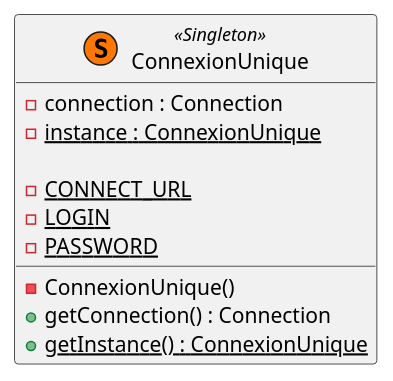
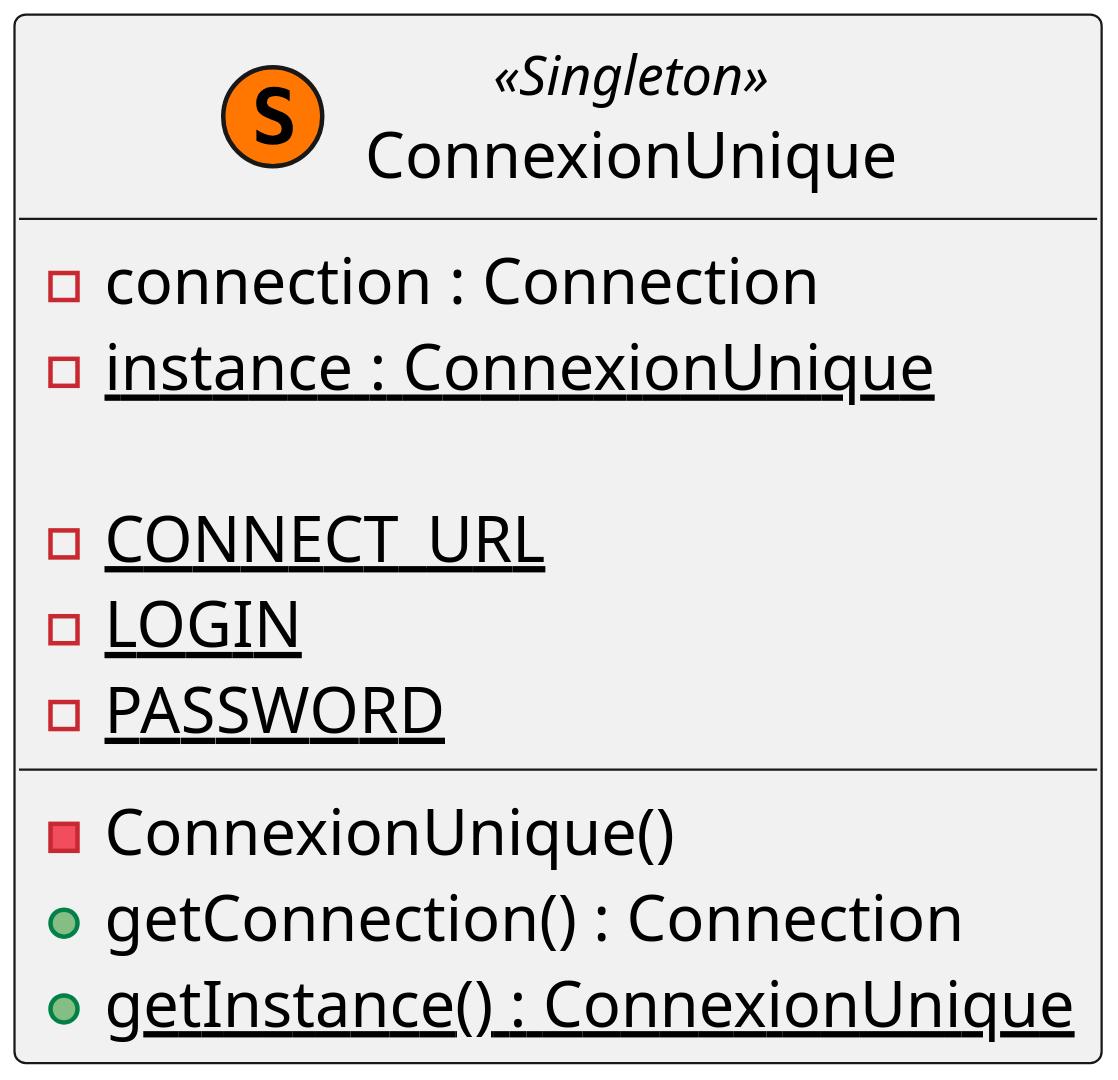
Before and after one commit to IUTInfoAix-M3106/TpJdbc: the diagram in src/main/resources/assets/ConnexionUnique.puml, drawn with PlantUML. The commit also changed 1 other file, not shown here.

Commit message:
Modification échelle des diagrammes

```diff
--- a/src/main/resources/assets/ConnexionUnique.puml
+++ b/src/main/resources/assets/ConnexionUnique.puml
@@ -1,14 +1,15 @@
 @startuml
+scale 3
 class ConnexionUnique << (S,#FF7700) Singleton >> {
 -connection : Connection
 -instance : ConnexionUnique {static}
 
 -CONNECT_URL {static}
 -LOGIN {static}
 -PASSWORD {static}
 
 -ConnexionUnique()
 +getConnection() : Connection
 +getInstance() : ConnexionUnique {static}
 }
 @enduml
```
